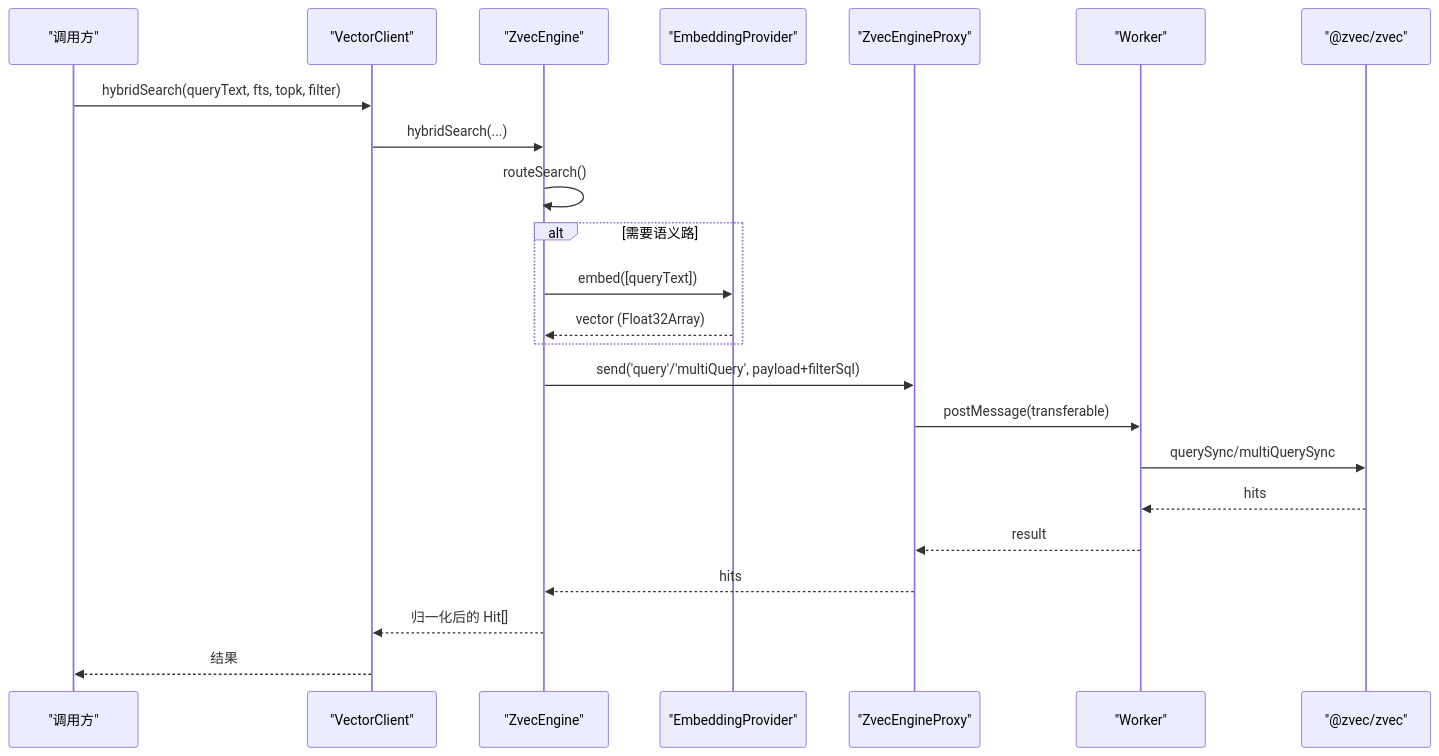
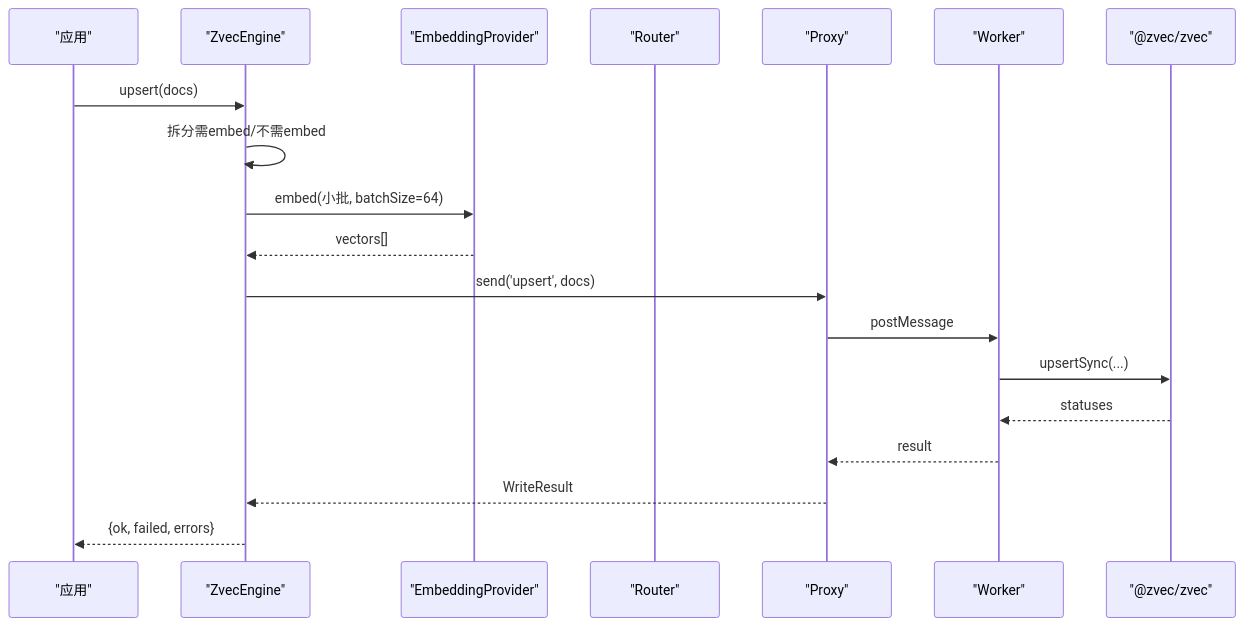
One commit to HACK-WU/kisearch changed the second of 8 diagrams in .qoder/repowiki/zh/content/向量引擎架构/向量引擎架构.md. Above: the diagram before and after it, drawn with Mermaid. The commit also changed other lines of this file and 623 other files, not shown here.

````diff
--- a/.qoder/repowiki/zh/content/向量引擎架构/向量引擎架构.md
+++ b/.qoder/repowiki/zh/content/向量引擎架构/向量引擎架构.md
@@ -117,25 +98,21 @@
 ```mermaid
 sequenceDiagram
-participant App as "调用方"
-participant VC as "VectorClient"
+participant App as "应用"
 participant Eng as "ZvecEngine"
-participant Prov as "EmbeddingProvider"
-participant Proxy as "ZvecEngineProxy"
+participant Emb as "EmbeddingProvider"
+participant R as "Router"
+participant P as "Proxy"
 participant W as "Worker"
 participant Z as "@zvec/zvec"
-App->>VC : hybridSearch(queryText, fts, topk, filter)
-VC->>Eng : hybridSearch(...)
-Eng->>Eng : routeSearch()
-alt 需要语义路
-Eng->>Prov : embed([queryText])
-Prov-->>Eng : vector (Float32Array)
-end
-Eng->>Proxy : send('query'/'multiQuery', payload+filterSql)
-Proxy->>W : postMessage(transferable)
-W->>Z : querySync/multiQuerySync
-Z-->>W : hits
-W-->>Proxy : result
-Proxy-->>Eng : hits
-Eng-->>VC : 归一化后的 Hit[]
-VC-->>App : 结果
+App->>Eng : upsert(docs)
+Eng->>Eng : 拆分需embed/不需embed
+Eng->>Emb : embed(小批, batchSize=64)
+Emb-->>Eng : vectors[]
+Eng->>P : send('upsert', docs)
+P->>W : postMessage
+W->>Z : upsertSync(...)
+Z-->>W : statuses
+W-->>P : result
+P-->>Eng : WriteResult
+Eng-->>App : {ok, failed, errors}
 ```
````
